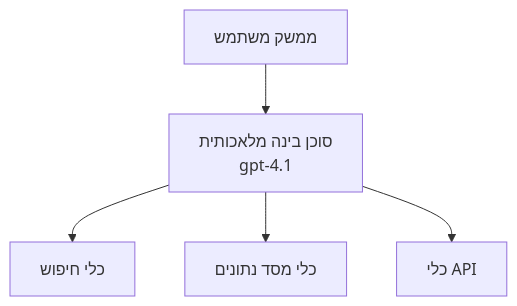
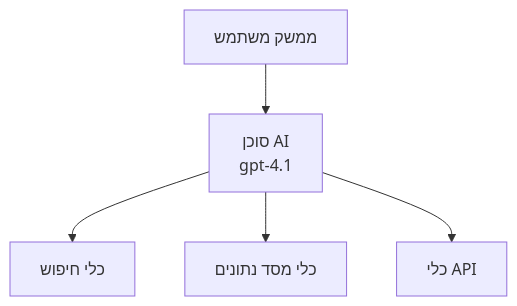
Before and after one commit to microsoft/AZD-for-beginners: the first of 3 diagrams in translations/he/docs/chapter-02-ai-development/agents.md, drawn with Mermaid. The commit also changed other lines of this file and 104 other files, not shown here.

````diff
--- a/translations/he/docs/chapter-02-ai-development/agents.md
+++ b/translations/he/docs/chapter-02-ai-development/agents.md
@@ -157,7 +162,7 @@
 ```mermaid
 graph TD
-    UI[ממשק משתמש] --> Agent[סוכן בינה מלאכותית<br/>gpt-4.1]
+    UI[ממשק משתמש] --> Agent[סוכן AI<br/>gpt-4.1]
     Agent --> Search[כלי חיפוש]
     Agent --> Database[כלי מסד נתונים]
     Agent --> API[כלי API]
 ```
````
